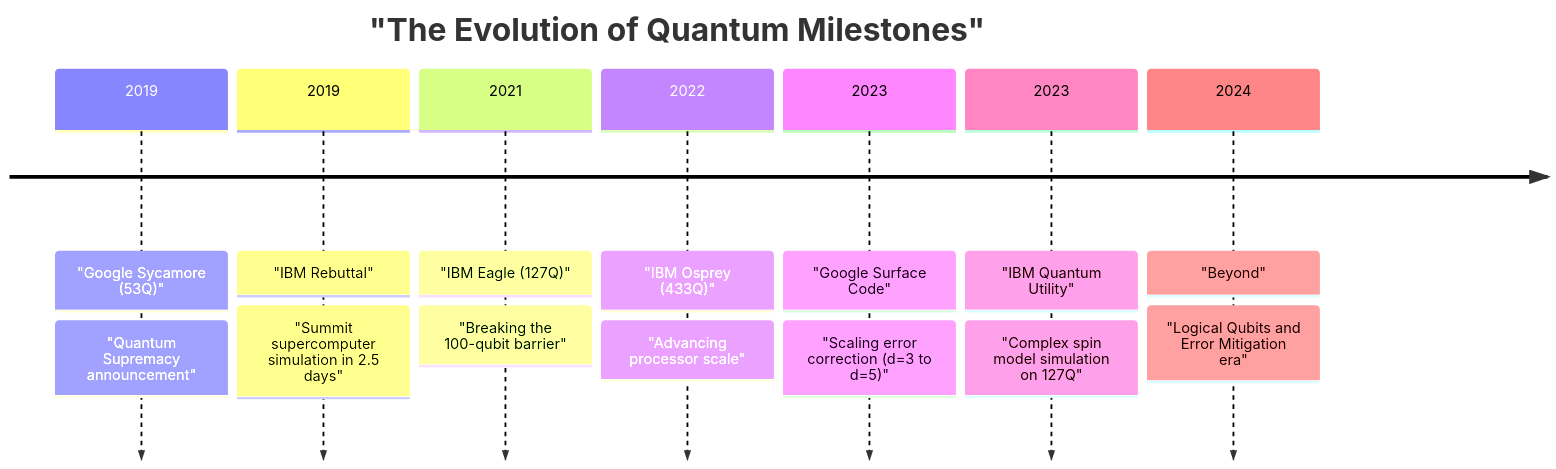
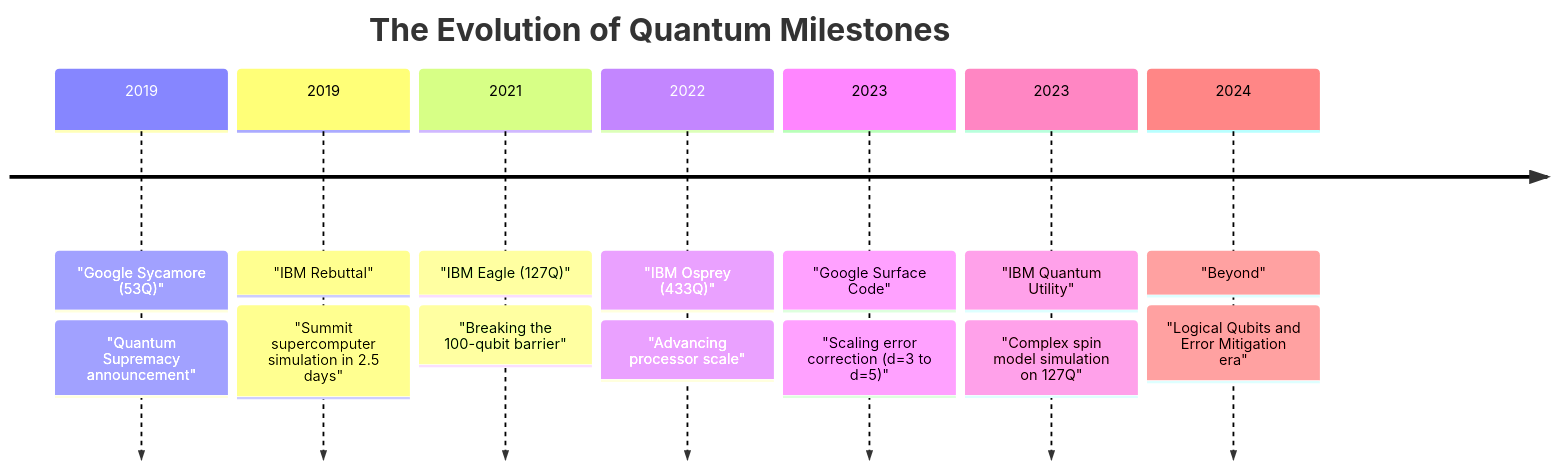
Before and after one commit to kenjinote/blog: the second of 3 diagrams in content/post/量子超越性とは何か/index.en.md, drawn with Mermaid. The commit also changed other lines of this file and 703 other files, not shown here.

Commit message:
Fix: Remove quotes from Mermaid link texts and timeline definitions to support Mermaid 11.4.1

````diff
--- a/content/post/量子超越性とは何か/index.en.md
+++ b/content/post/量子超越性とは何か/index.en.md
@@ -106,11 +106,11 @@
 ```mermaid
 timeline
-    title "The Evolution of Quantum Milestones"
+    title The Evolution of Quantum Milestones
     2019 : "Google Sycamore (53Q)" : "Quantum Supremacy announcement"
     2019 : "IBM Rebuttal" : "Summit supercomputer simulation in 2.5 days"
     2021 : "IBM Eagle (127Q)" : "Breaking the 100-qubit barrier"
     2022 : "IBM Osprey (433Q)" : "Advancing processor scale"
     2023 : "Google Surface Code" : "Scaling error correction (d=3 to d=5)"
     2023 : "IBM Quantum Utility" : "Complex spin model simulation on 127Q"
     2024 : "Beyond" : "Logical Qubits and Error Mitigation era"
 ```
````
